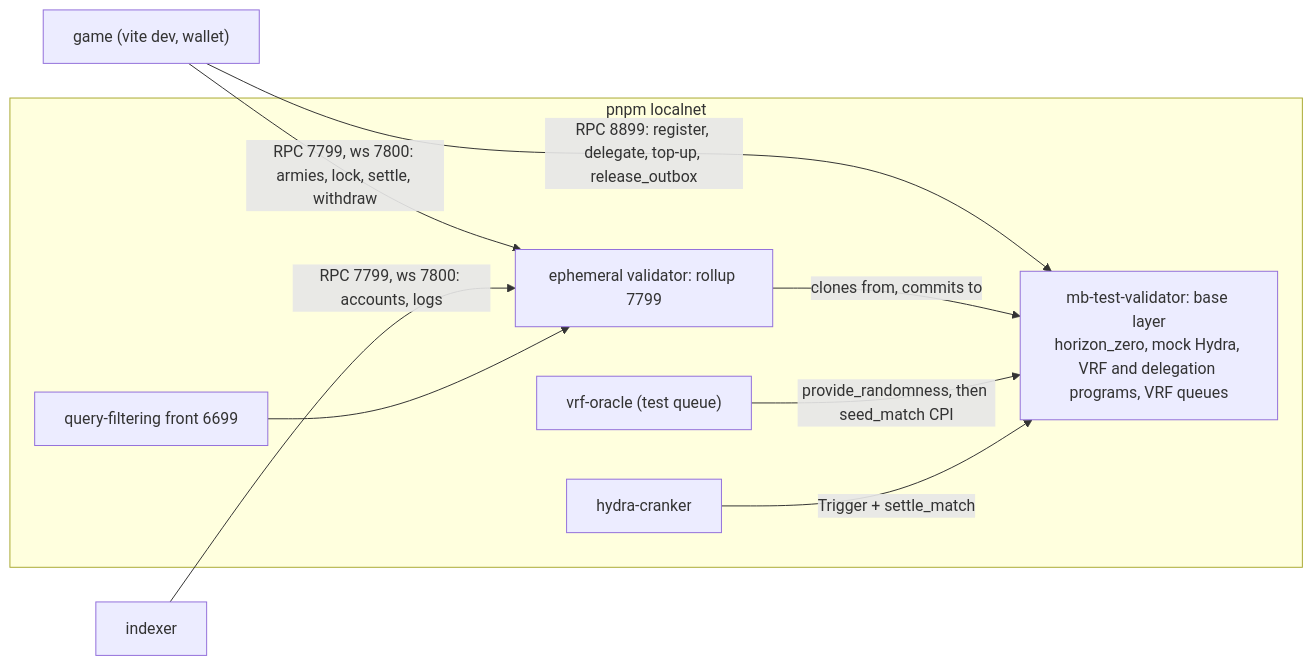
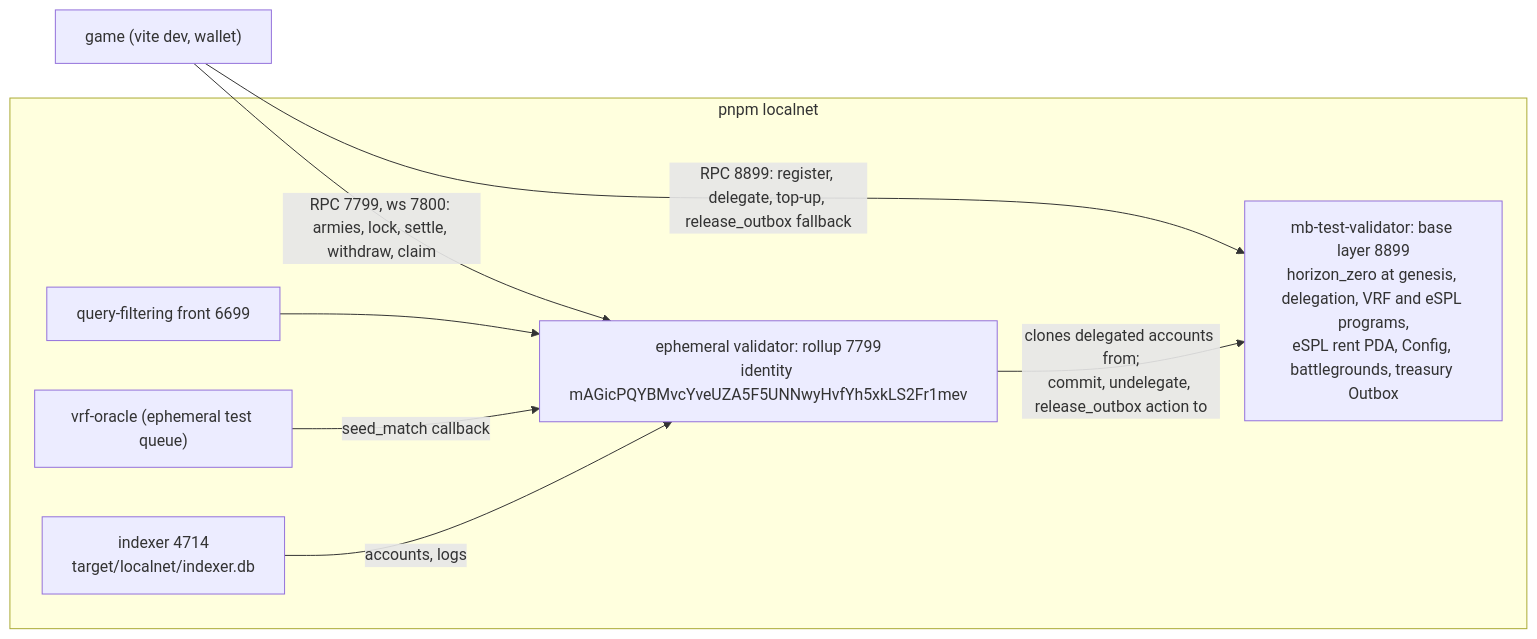
Before and after one commit to Dodecahedr0x/horizon-zero: the diagram in docs/src/deployment.md, drawn with Mermaid. The commit also changed other lines of this file and 13 other files, not shown here.

````diff
--- a/docs/src/deployment.md
+++ b/docs/src/deployment.md
@@ -17,17 +26,16 @@
 ```mermaid
 flowchart LR
-  App["game (vite dev, wallet)"] -->|"RPC 8899: register, delegate, top-up, release_outbox"| Base
-  App -->|"RPC 7799, ws 7800: armies, lock, settle, withdraw"| ER
-  Indexer["indexer"] -->|"RPC 7799, ws 7800: accounts, logs"| ER
+  App["game (vite dev, wallet)"] -->|"RPC 8899: register, delegate, top-up, release_outbox fallback"| Base
+  App -->|"RPC 7799, ws 7800: armies, lock, settle, withdraw, claim"| ER
   subgraph stack ["pnpm localnet"]
-    Base["mb-test-validator: base layer<br/>horizon_zero, mock Hydra, VRF and delegation programs, VRF queues"]
-    ER["ephemeral validator: rollup 7799"]
+    Base["mb-test-validator: base layer 8899<br/>horizon_zero at genesis, delegation, VRF and eSPL programs,<br/>eSPL rent PDA, Config, battlegrounds, treasury Outbox"]
+    ER["ephemeral validator: rollup 7799<br/>identity mAGicPQYBMvcYveUZA5F5UNNwyHvfYh5xkLS2Fr1mev"]
     QFS["query-filtering front 6699"]
-    Oracle["vrf-oracle (test queue)"]
-    Cranker["hydra-cranker"]
+    Oracle["vrf-oracle (ephemeral test queue)"]
+    Indexer["indexer 4714<br/>target/localnet/indexer.db"]
     QFS --> ER
-    ER -->|"clones from, commits to"| Base
-    Oracle -->|"provide_randomness, then seed_match CPI"| Base
-    Cranker -->|"Trigger + settle_match"| Base
+    ER -->|"clones delegated accounts from;<br/>commit, undelegate, release_outbox action to"| Base
+    Oracle -->|"seed_match callback"| ER
+    Indexer -->|"accounts, logs"| ER
   end
 ```
````
